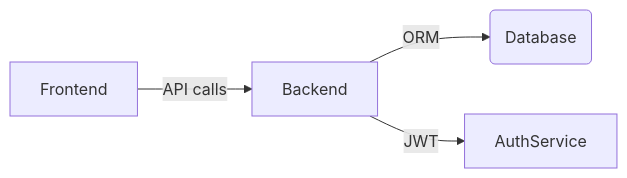
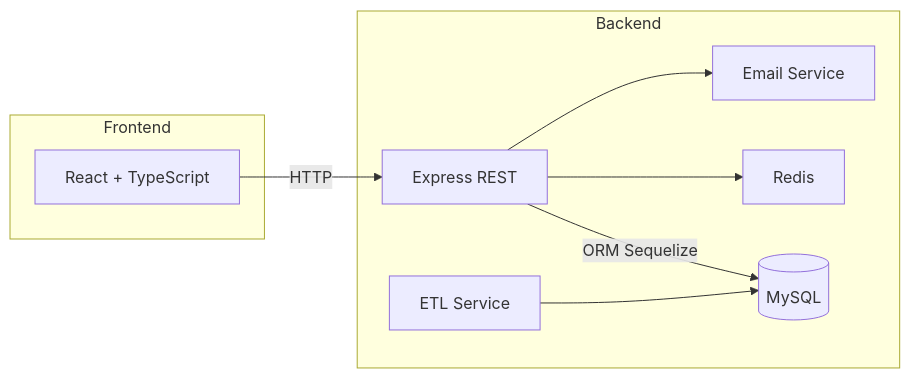
The diagram in README.md (PierreOSSALE/Easy_Tracability_2025), drawn with Mermaid before and after one commit. The commit also changed other lines of this file, not shown here.

````diff
--- a/README.md
+++ b/README.md
@@ -119,6 +50,18 @@
 ```mermaid
-graph LR
-  F[Frontend] -->|API calls| B[Backend]
-  B -->|ORM| MySQL(Database)
-  B -->|JWT| AuthService
+flowchart LR
+  subgraph Frontend
+    FE[React + TypeScript]
+  end
+  subgraph Backend
+    API[Express REST]
+    REDIS[Redis]
+    DB[(MySQL)]
+    ETL[ETL Service]
+    MAIL[Email Service]
+  end
+  FE -->|HTTP| API
+  API -->|ORM Sequelize| DB
+  API --> REDIS
+  ETL --> DB
+  API --> MAIL
 ```
````
